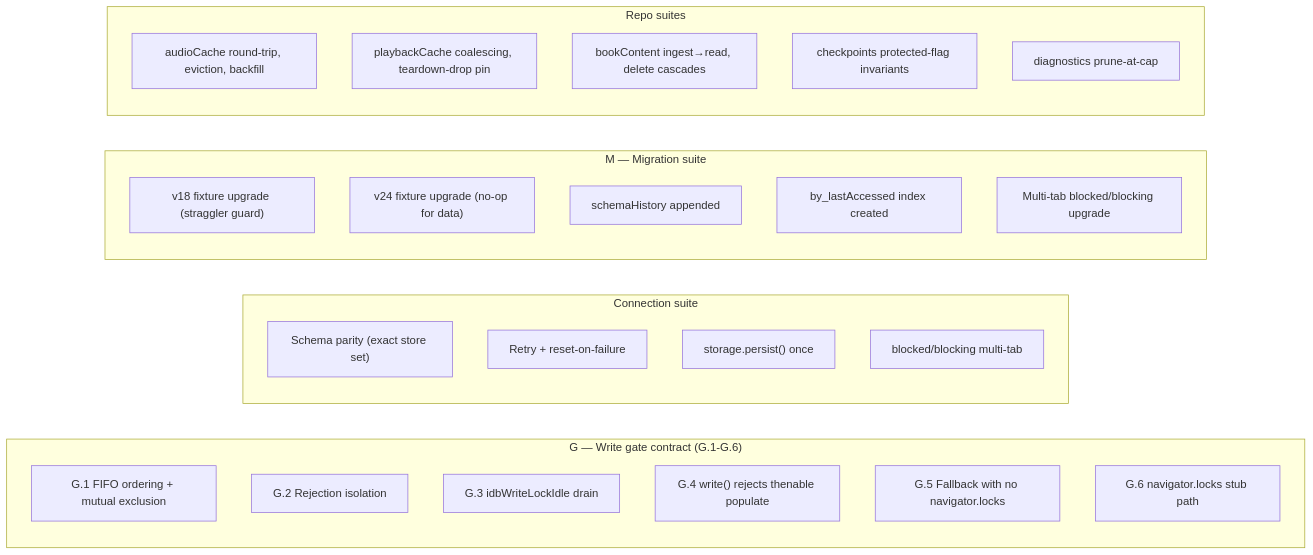
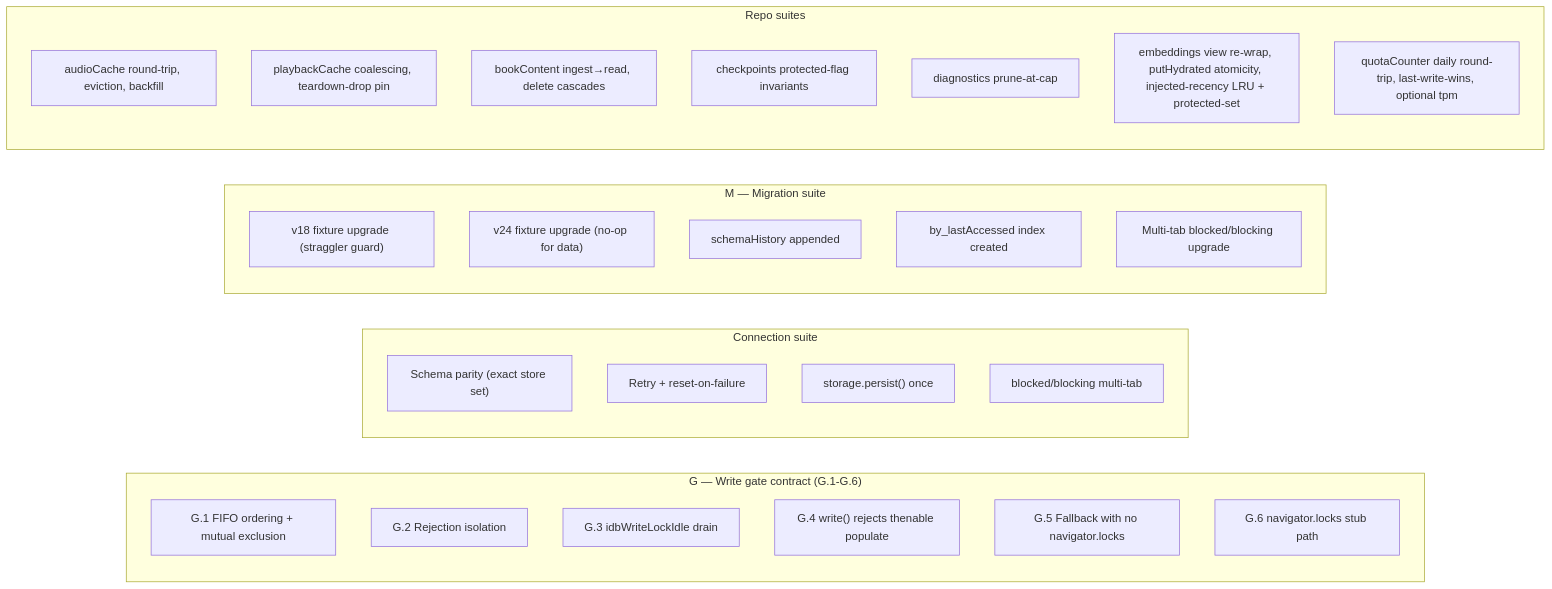
The seventh of 7 diagrams in docs/comprehensive/20-storage-gateway.md (vrwarp/versicle), drawn with Mermaid before and after one commit. The commit also changed other lines of this file and 17 other files, not shown here.

````diff
--- a/docs/comprehensive/20-storage-gateway.md
+++ b/docs/comprehensive/20-storage-gateway.md
@@ -803,34 +859,36 @@
 ```mermaid
 flowchart LR
     subgraph "G — Write gate contract (G.1-G.6)"
         G1["G.1 FIFO ordering + mutual exclusion"]
         G2["G.2 Rejection isolation"]
         G3["G.3 idbWriteLockIdle drain"]
         G4["G.4 write() rejects thenable populate"]
         G5["G.5 Fallback with no navigator.locks"]
         G6["G.6 navigator.locks stub path"]
     end
 
     subgraph "Connection suite"
         C1["Schema parity (exact store set)"]
         C2["Retry + reset-on-failure"]
         C3["storage.persist() once"]
         C4["blocked/blocking multi-tab"]
     end
 
     subgraph "M — Migration suite"
         M1["v18 fixture upgrade (straggler guard)"]
         M2["v24 fixture upgrade (no-op for data)"]
         M3["schemaHistory appended"]
         M4["by_lastAccessed index created"]
         M5["Multi-tab blocked/blocking upgrade"]
     end
 
     subgraph "Repo suites"
         R1["audioCache round-trip, eviction, backfill"]
         R2["playbackCache coalescing, teardown-drop pin"]
         R3["bookContent ingest→read, delete cascades"]
         R4["checkpoints protected-flag invariants"]
         R5["diagnostics prune-at-cap"]
+        R6["embeddings view re-wrap, putHydrated atomicity, injected-recency LRU + protected-set"]
+        R7["quotaCounter daily round-trip, last-write-wins, optional tpm"]
     end
 ```
````
